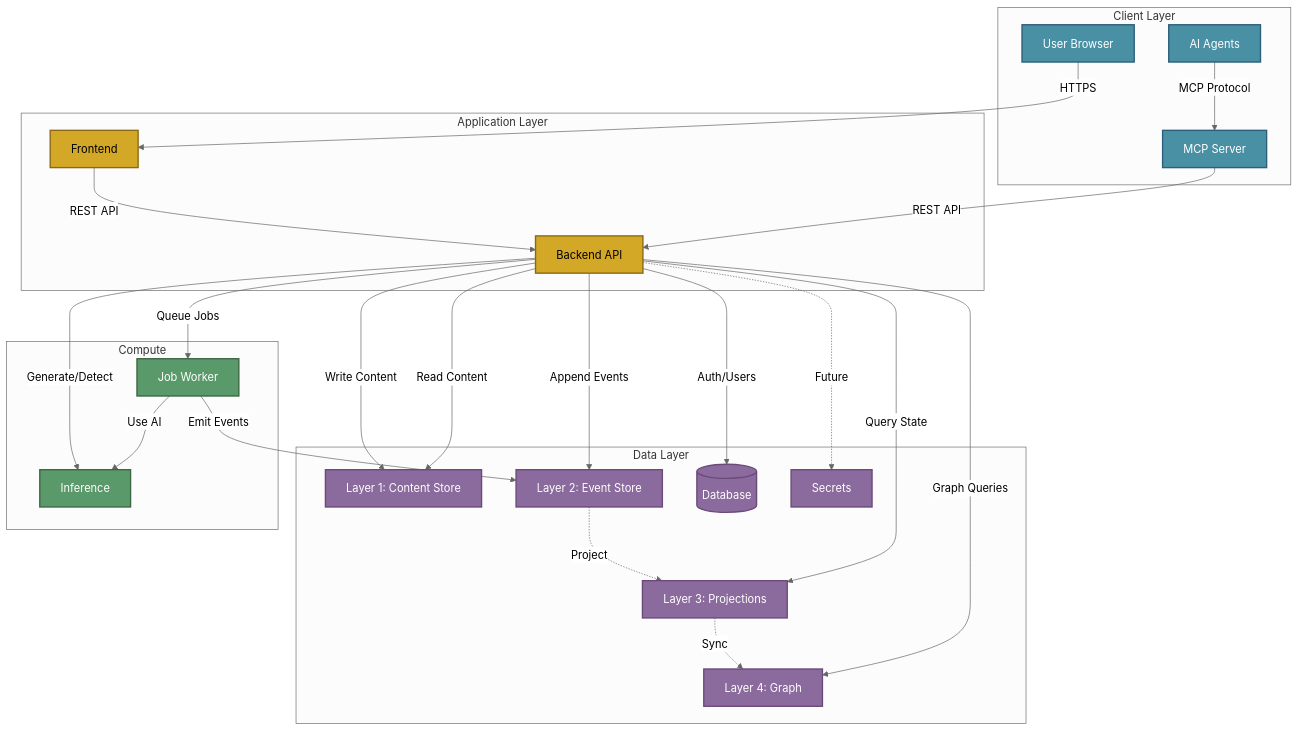
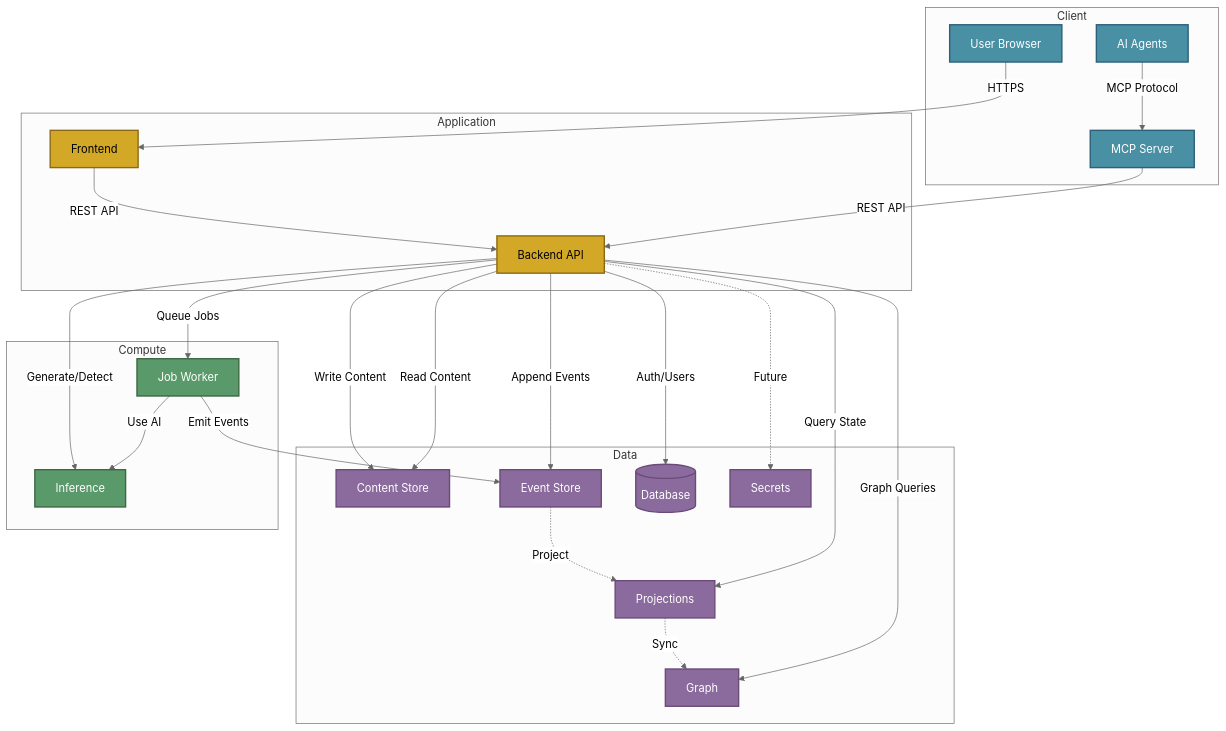
Before and after one commit to The-AI-Alliance/semiont: the diagram in docs/ARCHITECTURE.md, drawn with Mermaid (neutral theme). The commit also changed other lines of this file, not shown here.

Commit message:
less use of word Layer

````diff
--- a/docs/ARCHITECTURE.md
+++ b/docs/ARCHITECTURE.md
@@ -23,67 +23,67 @@
 ```mermaid
 graph TB
-    subgraph "Client Layer"
+    subgraph "Client"
         USER[User Browser]
         AI[AI Agents]
         MCP[MCP Server]
     end
 
-    subgraph "Application Layer"
+    subgraph "Application"
         FE[Frontend]
         BE[Backend API]
     end
 
-    subgraph "Data Layer"
-        L1[Layer 1: Content Store]
-        L2[Layer 2: Event Store]
-        L3[Layer 3: Projections]
-        L4[Layer 4: Graph]
+    subgraph "Data"
+        CONTENT[Content Store]
+        EVENTS[Event Store]
+        PROJ[Projections]
+        GRAPH[Graph]
         DB[(Database)]
         SEC[Secrets]
     end
 
     subgraph "Compute"
         INF[Inference]
         JW[Job Worker]
     end
 
     %% Client connections
     USER -->|HTTPS| FE
     AI -->|MCP Protocol| MCP
 
-    %% Application layer
+    %% Application
     FE -->|REST API| BE
     MCP -->|REST API| BE
 
-    %% Backend to data layers (write path)
-    BE -->|Write Content| L1
-    BE -->|Append Events| L2
+    %% Backend to data (write path)
+    BE -->|Write Content| CONTENT
+    BE -->|Append Events| EVENTS
     BE -->|Auth/Users| DB
     BE -.->|Future| SEC
 
     %% Event-driven flow
-    L2 -.->|Project| L3
-    L3 -.->|Sync| L4
+    EVENTS -.->|Project| PROJ
+    PROJ -.->|Sync| GRAPH
 
     %% Backend reads
-    BE -->|Read Content| L1
-    BE -->|Query State| L3
-    BE -->|Graph Queries| L4
+    BE -->|Read Content| CONTENT
+    BE -->|Query State| PROJ
+    BE -->|Graph Queries| GRAPH
 
     %% Compute services
     BE -->|Generate/Detect| INF
     BE -->|Queue Jobs| JW
-    JW -->|Emit Events| L2
+    JW -->|Emit Events| EVENTS
     JW -->|Use AI| INF
 
     %% Styling - darker fills ensure text contrast in both light and dark modes
     classDef client fill:#4a90a4,stroke:#2c5f7a,stroke-width:2px,color:#fff
     classDef app fill:#d4a827,stroke:#8b6914,stroke-width:2px,color:#000
     classDef data fill:#8b6b9d,stroke:#6b4a7a,stroke-width:2px,color:#fff
     classDef compute fill:#5a9a6a,stroke:#3d6644,stroke-width:2px,color:#fff
 
     class USER,AI,MCP client
     class FE,BE app
-    class L1,L2,L3,L4,DB,SEC data
+    class CONTENT,EVENTS,PROJ,GRAPH,DB,SEC data
     class INF,JW compute
 ```
````
